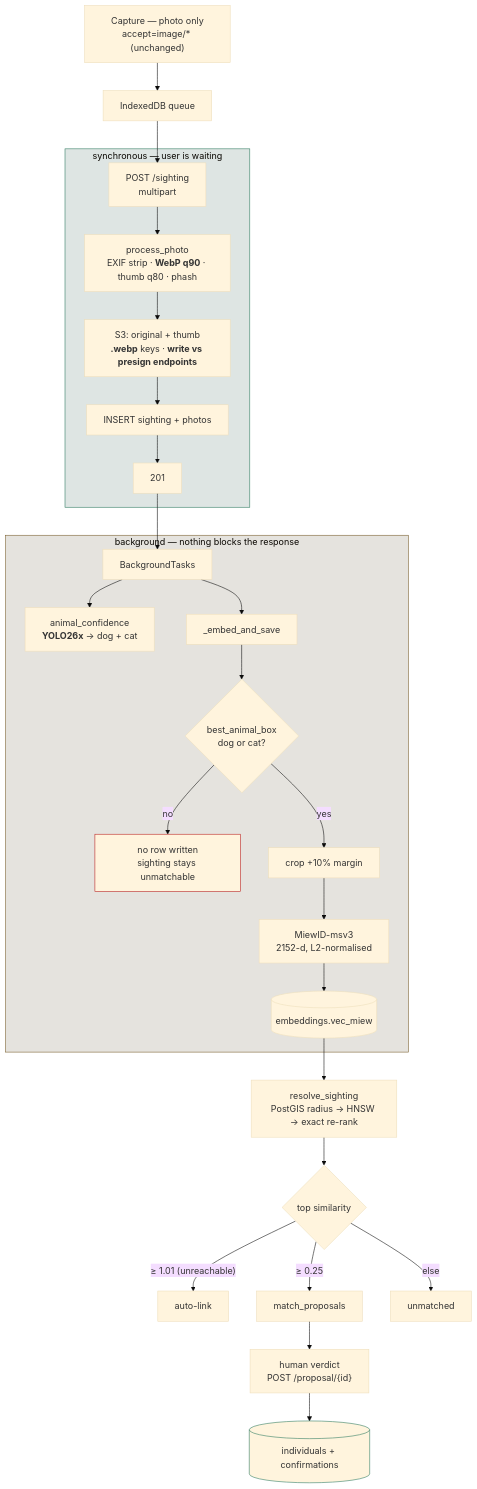
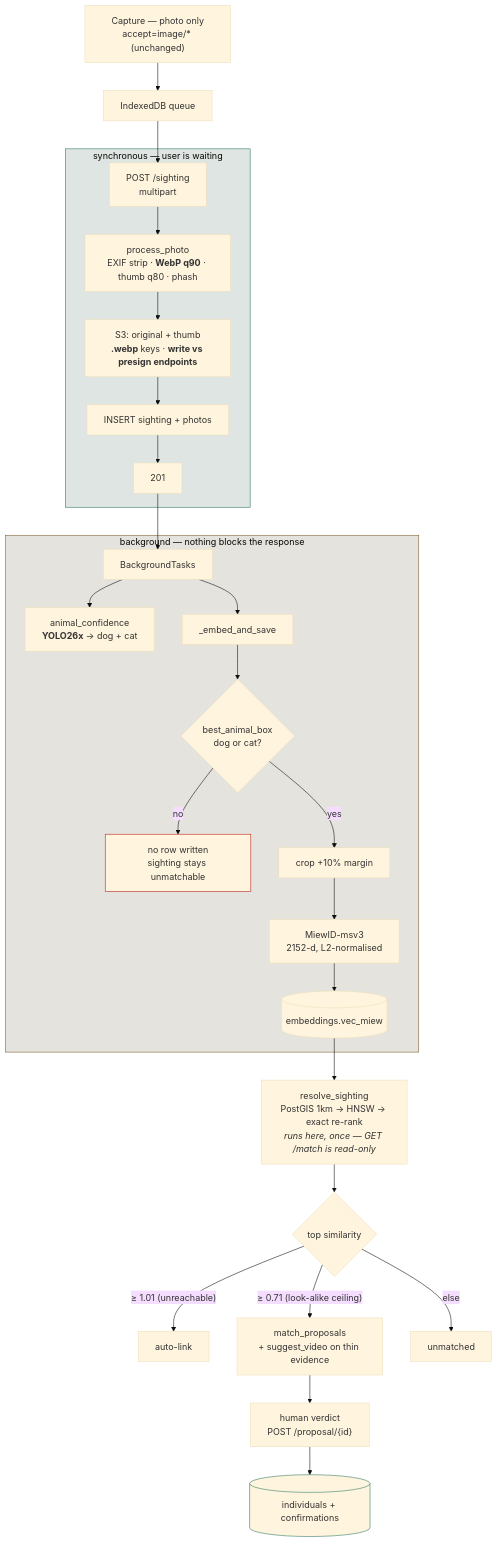
Before and after one commit to namma-indies/app: the second of 2 diagrams in docs/WORKFLOW.md, drawn with Mermaid (base theme). The commit also changed other lines of this file and 1 other file, not shown here.

````diff
--- a/docs/WORKFLOW.md
+++ b/docs/WORKFLOW.md
@@ -43,37 +43,37 @@
 ```mermaid
 flowchart TD
     A["Capture — photo only<br/>accept=image/* (unchanged)"] --> B["IndexedDB queue"]
     B --> C["POST /sighting<br/>multipart"]
 
     subgraph SYNC["synchronous — user is waiting"]
         C --> D["process_photo<br/>EXIF strip · <b>WebP q90</b> · thumb q80 · phash"]
         D --> E["S3: original + thumb<br/><b>.webp</b> keys · <b>write vs presign endpoints</b>"]
         E --> F["INSERT sighting + photos"]
         F --> G["201"]
     end
 
     G --> H["BackgroundTasks"]
 
     subgraph BG["background — nothing blocks the response"]
         H --> I["animal_confidence<br/><b>YOLO26x</b> → dog + cat"]
         H --> J["_embed_and_save"]
         J --> K{"best_animal_box<br/>dog or cat?"}
         K -- no --> L["no row written<br/>sighting stays unmatchable"]
         K -- yes --> M["crop +10% margin"]
         M --> N["MiewID-msv3<br/>2152-d, L2-normalised"]
         N --> O[("embeddings.vec_miew")]
     end
 
-    O --> P["resolve_sighting<br/>PostGIS radius → HNSW → exact re-rank"]
+    O --> P["resolve_sighting<br/>PostGIS 1km → HNSW → exact re-rank<br/><i>runs here, once — GET /match is read-only</i>"]
     P --> Q{"top similarity"}
     Q -- "≥ 1.01 (unreachable)" --> R["auto-link"]
-    Q -- "≥ 0.25" --> S["match_proposals"]
+    Q -- "≥ 0.71 (look-alike ceiling)" --> S["match_proposals<br/>+ suggest_video on thin evidence"]
     Q -- else --> T["unmatched"]
     S --> U["human verdict<br/>POST /proposal/{id}"]
     U --> V[("individuals + confirmations")]
 
     style SYNC fill:#0b3d2e22,stroke:#2d7a5f
     style BG fill:#3d2e0b22,stroke:#7a5f2d
     style L stroke:#b91c1c
     style V stroke:#2d7a5f
 ```
````
